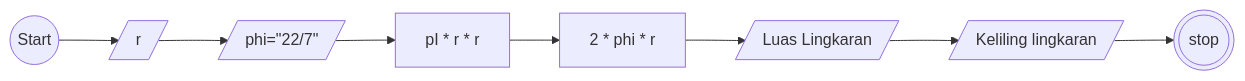
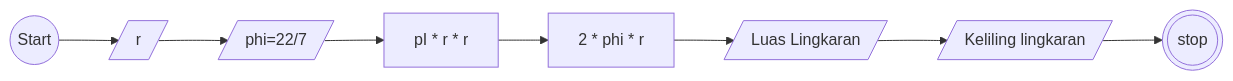
One commit to MuhammadWahyuPratama/Koda-b8-javascript1 changed the diagram in README.MD. Above: the diagram before and after it, drawn with Mermaid. The commit also changed 1 other file, not shown here.

````diff
--- a/README.MD
+++ b/README.MD
@@ -7,21 +7,21 @@
 ```mermaid
 flowchart LR
 a@{shape: circle, label: "Start"}
 b@{shape: lean-r, label: "r" }
-c@{shape: lean-r, label: 'phi="22/7"'}
+c@{shape: lean-r, label: "phi=22/7"}
 d@{shape: rect, label: "pI * r * r"}
 e@{shape: rect, label: "2 * phi * r"}
 f@{shape: lean-r, label: "Luas Lingkaran"}
 g@{shape: lean-r, label: "Keliling lingkaran"}
 h@{shape: dbl-circ, label: "stop"}
 
 a-->b
 b-->c
 c-->d
 d-->e
 e-->f
 f-->g
 g-->h
 
 
 ```
````
